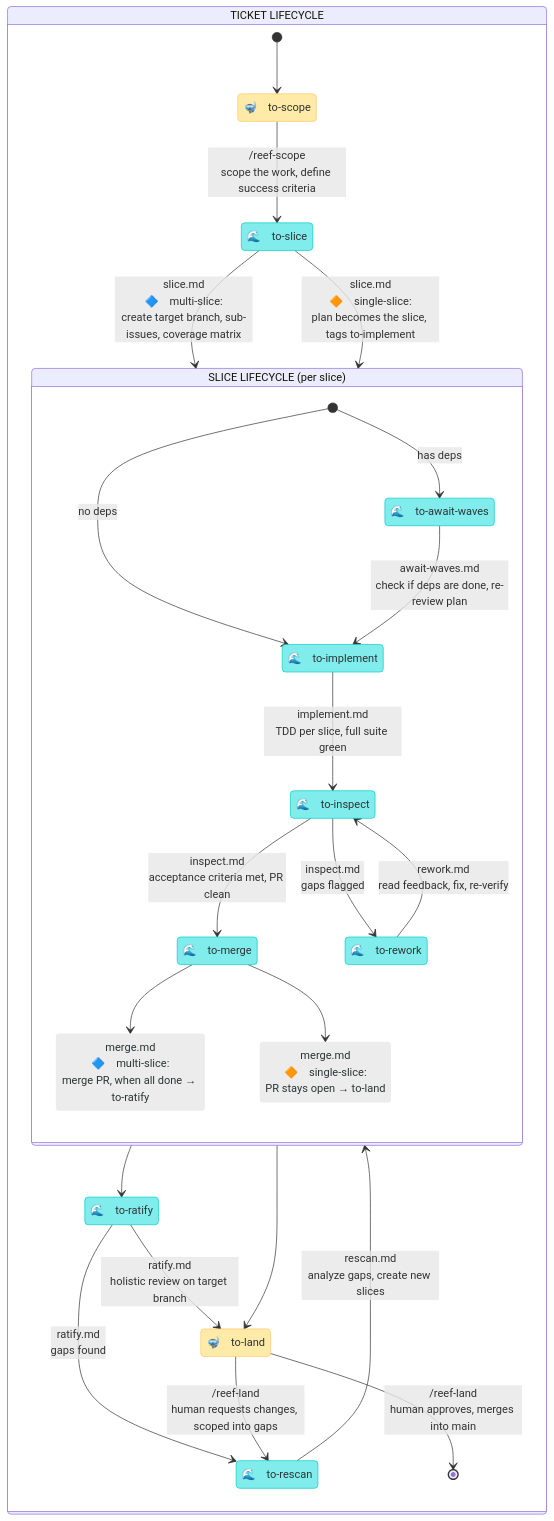
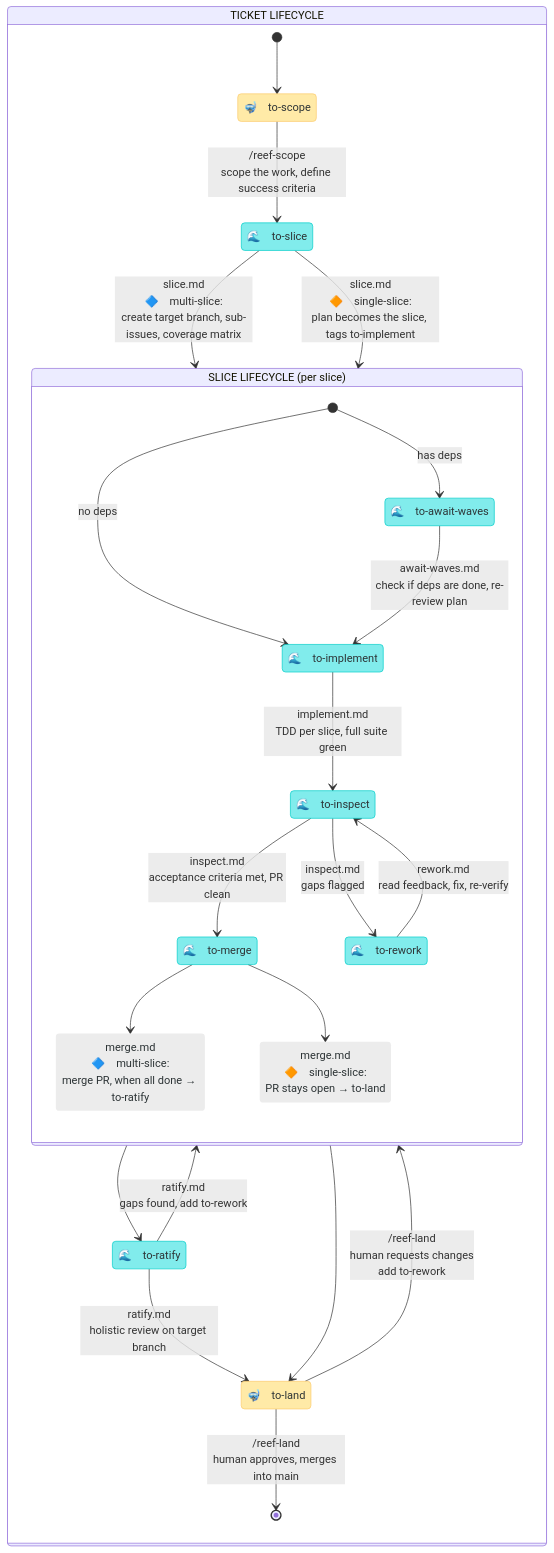
The diagram in README.md (mesqueeb/moonjelly-reef), drawn with Mermaid before and after one commit. The commit also changed 1 other file, not shown here.

Commit message:
fix: insert metrics rows into table instead of appending to body end
Also simplify README state diagram: remove to-rescan state,
normalize alias names to match tag names.

````diff
--- a/README.md
+++ b/README.md
@@ -30,53 +30,51 @@
 ```mermaid
 stateDiagram-v2
     direction TB
 
     classDef human fill:#ffeaa7,stroke:#fdcb6e,color:#2d3436
     classDef agent fill:#81ecec,stroke:#00cec9,color:#2d3436
     classDef arrow fill:#ececec,stroke:#ffffff00,color:#2d3436
 
     state "TICKET LIFECYCLE" as work {
 
         state "🤿　to-scope" as to_scope
         state "🌊　to-slice" as to_slice
         state "🌊　to-ratify" as to_ratify
-        state "🌊　to-rescan" as gaps_to_rescan
         state "🤿　to-land" as to_land
 
         [*] --> to_scope
         to_scope --> to_slice : /reef-scope<br />scope the work, define success criteria
         to_slice --> slice_lifecycle : slice.md<br />🔷　multi-slice:<br />create target branch, sub-issues, coverage matrix
         to_slice --> slice_lifecycle : slice.md<br />🔶　single-slice:<br />plan becomes the slice, tags to-implement
         slice_lifecycle --> to_ratify
         slice_lifecycle --> to_land
         to_ratify --> to_land : ratify.md<br />holistic review on target branch
-        to_ratify --> gaps_to_rescan : ratify.md<br />gaps found
-        gaps_to_rescan --> slice_lifecycle : rescan.md<br />analyze gaps, create new slices
+        to_ratify --> slice_lifecycle : ratify.md<br />gaps found, add to-rework
         to_land --> [*] : /reef-land<br />human approves, merges into main
-        to_land --> gaps_to_rescan : /reef-land<br />human requests changes, scoped into gaps
+        to_land --> slice_lifecycle : /reef-land<br />human requests changes<br />add to-rework
     }
 
     state "SLICE LIFECYCLE (per slice)" as slice_lifecycle {
 
         state "🌊　to-await-waves" as to_await
         state "🌊　to-implement" as to_implement
         state "🌊　to-inspect" as to_inspect
-        state "🌊　to-rework" as needs_rework
+        state "🌊　to-rework" as to_rework
         state "🌊　to-merge" as to_merge
         state "merge.md<br />🔷　multi-slice:<br />merge PR, when all done → to-ratify" as merge_multi
         state "merge.md<br />🔶　single-slice:<br />PR stays open → to-land" as merge_single
         [*] --> to_implement : no deps
         [*] --> to_await : has deps
         to_await --> to_implement : await-waves.md<br />check if deps are done, re-review plan
         to_implement --> to_inspect : implement.md<br />TDD per slice, full suite green
         to_inspect --> to_merge : inspect.md<br />acceptance criteria met, PR clean
-        to_inspect --> needs_rework : inspect.md<br />gaps flagged
-        needs_rework --> to_inspect : rework.md<br />read feedback, fix, re-verify
+        to_inspect --> to_rework : inspect.md<br />gaps flagged
+        to_rework --> to_inspect : rework.md<br />read feedback, fix, re-verify
         to_merge --> merge_multi
         to_merge --> merge_single
     }
 
     class to_scope,to_land human
-    class to_slice,to_ratify,gaps_to_rescan,to_await,to_implement,to_inspect,needs_rework,to_merge agent
+    class to_slice,to_ratify,plan_rework,to_await,to_implement,to_inspect,to_rework,to_merge agent
     class merge_multi,merge_single arrow
 ```
````
